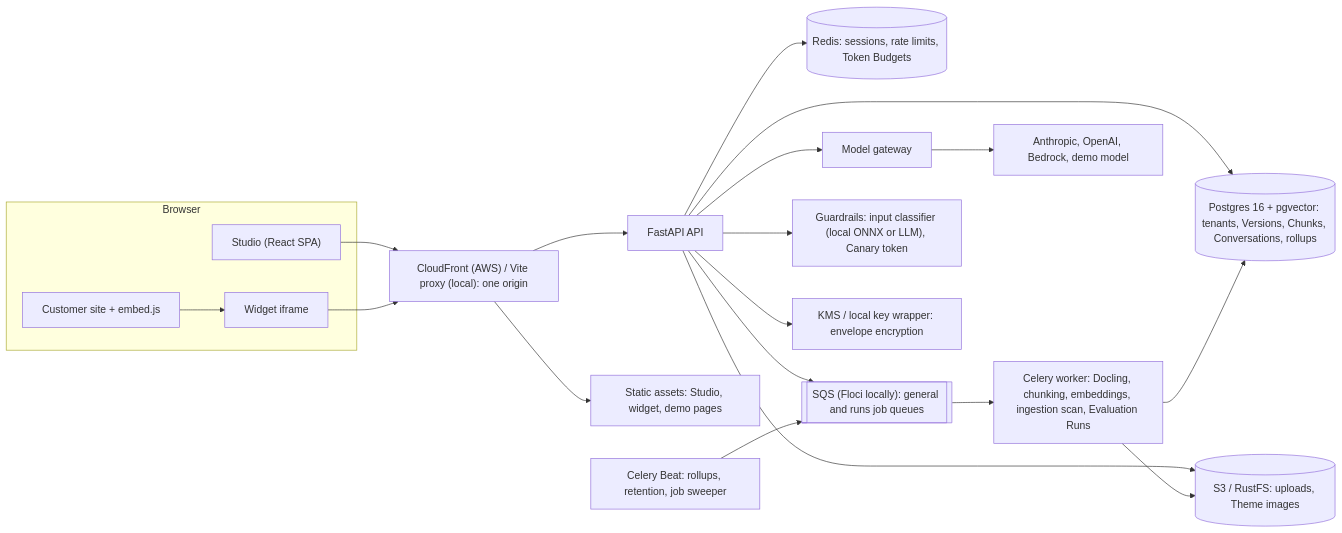
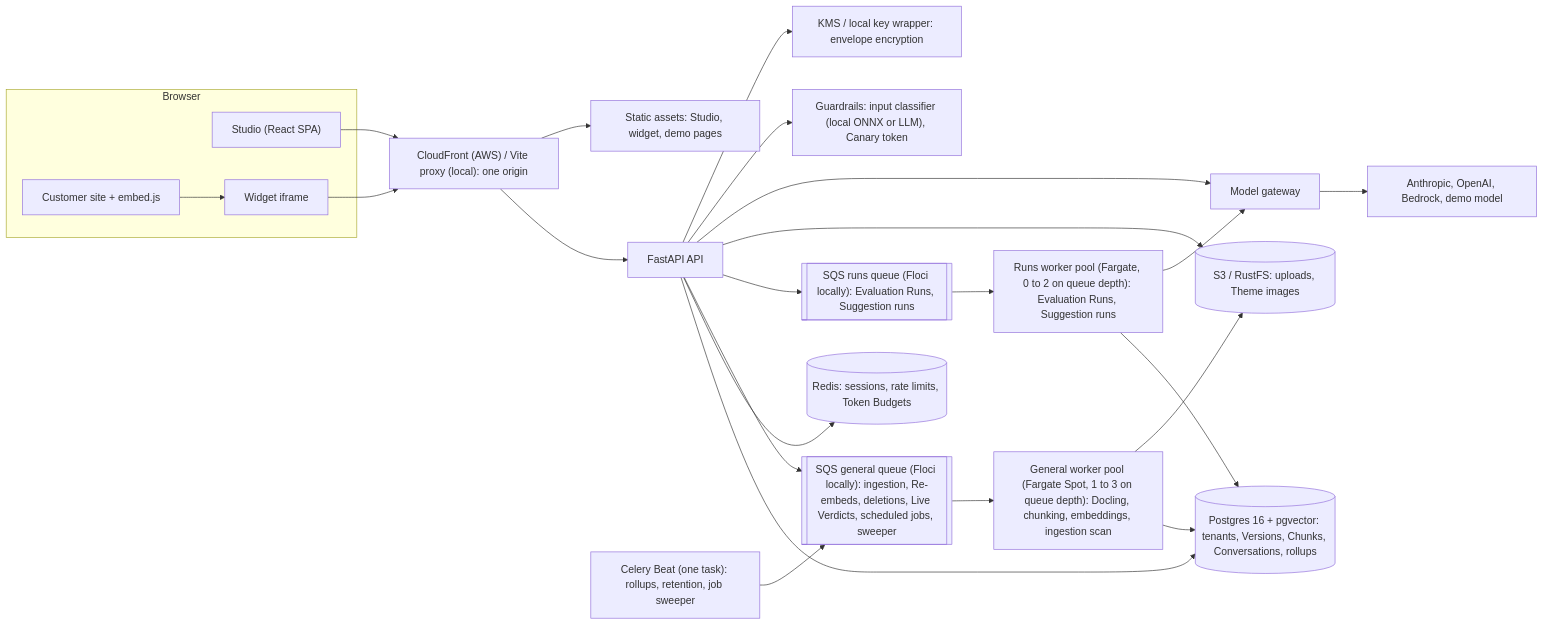
One commit to EarthlingOllie/rag-agent-studio changed the diagram in README.md. Above: the diagram before and after it, drawn with Mermaid. The commit also changed other lines of this file and 6 other files, not shown here.

First line of the commit message:
22-08: docs and cost for SQS, two worker pools and autoscaling

````diff
--- a/README.md
+++ b/README.md
@@ -86,23 +86,27 @@
 ```mermaid
 flowchart LR
   subgraph Browser
     Studio["Studio (React SPA)"]
     Host["Customer site + embed.js"] --> Widget["Widget iframe"]
   end
   Studio --> Edge
   Widget --> Edge
   Edge["CloudFront (AWS) / Vite proxy (local): one origin"] --> API["FastAPI API"]
   Edge --> Static["Static assets: Studio, widget, demo pages"]
   API --> PG[("Postgres 16 + pgvector: tenants, Versions, Chunks, Conversations, rollups")]
   API --> Redis[("Redis: sessions, rate limits, Token Budgets")]
-  API --> Queues[["SQS (Floci locally): general and runs job queues"]]
+  API --> General[["SQS general queue (Floci locally): ingestion, Re-embeds, deletions, Live Verdicts, scheduled jobs, sweeper"]]
+  API --> Runs[["SQS runs queue (Floci locally): Evaluation Runs, Suggestion runs"]]
   API --> Store[("S3 / RustFS: uploads, Theme images")]
   API --> Gateway["Model gateway"]
-  Queues --> Worker["Celery worker: Docling, chunking, embeddings, ingestion scan, Evaluation Runs"]
-  Beat["Celery Beat: rollups, retention, job sweeper"] --> Queues
-  Worker --> PG
-  Worker --> Store
+  General --> WorkerGeneral["General worker pool (Fargate Spot, 1 to 3 on queue depth): Docling, chunking, embeddings, ingestion scan"]
+  Runs --> WorkerRuns["Runs worker pool (Fargate, 0 to 2 on queue depth): Evaluation Runs, Suggestion runs"]
+  Beat["Celery Beat (one task): rollups, retention, job sweeper"] --> General
+  WorkerGeneral --> PG
+  WorkerGeneral --> Store
+  WorkerRuns --> PG
+  WorkerRuns --> Gateway
   Gateway --> Providers["Anthropic, OpenAI, Bedrock, demo model"]
   API --> Guard["Guardrails: input classifier (local ONNX or LLM), Canary token"]
   API --> KMS["KMS / local key wrapper: envelope encryption"]
 ```
````
